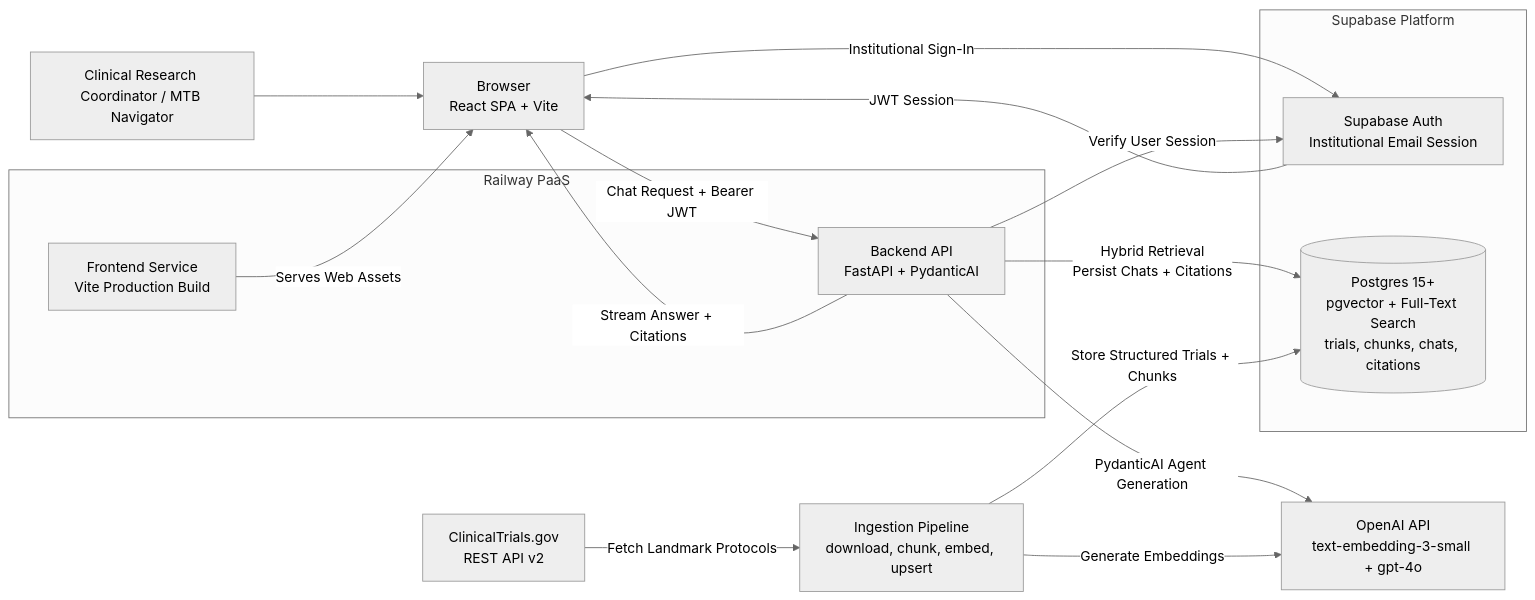
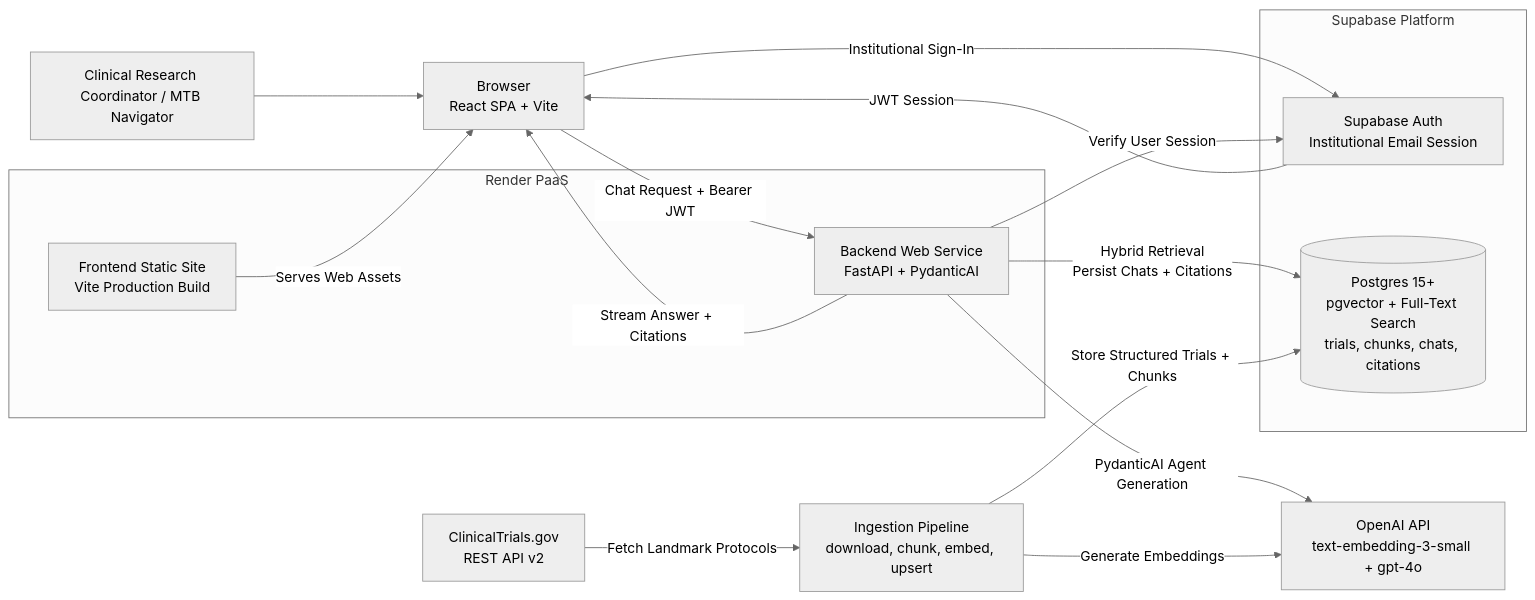
Before and after one commit to farazahmad-ai/Sarah-Cannon-Research-Institute-SCRI-: the first of 6 diagrams in docs/architecture.md, drawn with Mermaid (neutral theme). The commit also changed other lines of this file and 5 other files, not shown here.

````diff
--- a/docs/architecture.md
+++ b/docs/architecture.md
@@ -25,31 +25,31 @@
 ```mermaid
 flowchart LR
     user[Clinical Research Coordinator / MTB Navigator] --> browser[Browser<br/>React SPA + Vite]
 
-    subgraph railway[Railway PaaS]
-        frontend[Frontend Service<br/>Vite Production Build]
-        backend[Backend API<br/>FastAPI + PydanticAI]
+    subgraph render[Render PaaS]
+        frontend[Frontend Static Site<br/>Vite Production Build]
+        backend[Backend Web Service<br/>FastAPI + PydanticAI]
     end
 
     subgraph supabase[Supabase Platform]
         auth[Supabase Auth<br/>Institutional Email Session]
         db[(Postgres 15+<br/>pgvector + Full-Text Search<br/>trials, chunks, chats, citations)]
     end
 
     openai[OpenAI API<br/>text-embedding-3-small + gpt-4o]
     registry[ClinicalTrials.gov<br/>REST API v2]
     ingestion[Ingestion Pipeline<br/>download, chunk, embed, upsert]
 
     frontend -->|Serves Web Assets| browser
     browser -->|Institutional Sign-In| auth
     auth -->|JWT Session| browser
     browser -->|Chat Request + Bearer JWT| backend
     backend -->|Verify User Session| auth
     backend -->|Hybrid Retrieval<br/>Persist Chats + Citations| db
     backend -->|PydanticAI Agent Generation| openai
     backend -->|Stream Answer + Citations| browser
 
     registry -->|Fetch Landmark Protocols| ingestion
     ingestion -->|Generate Embeddings| openai
     ingestion -->|Store Structured Trials + Chunks| db
 ```
````
